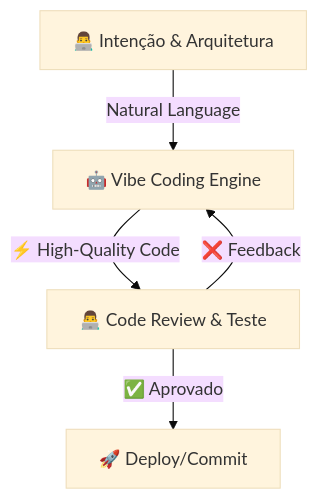
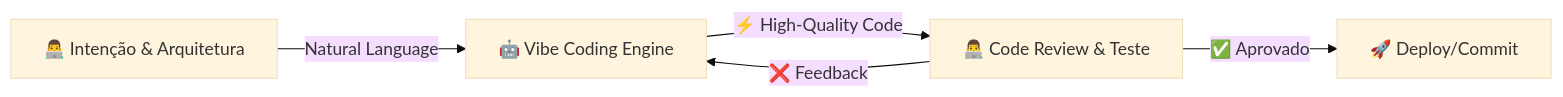
One commit to AugustoCamilo/UFG_NLP_rag_chatbot changed the third of 3 diagrams in rag_chatbot/README.md. Above: the diagram before and after it, drawn with Mermaid (base theme). The commit also changed 7 other files, not shown here.

````diff
--- a/rag_chatbot/README.md
+++ b/rag_chatbot/README.md
@@ -317,7 +317,7 @@
 ```mermaid
-graph TD
+graph LR
     A[👨‍💻 Intenção & Arquitetura] -->|Natural Language| B[🤖 Vibe Coding Engine]
     B -->|⚡ High-Quality Code| C[👨‍💻 Code Review & Teste]
     C -->|❌ Feedback| B
     C -->|✅ Aprovado| D[🚀 Deploy/Commit]
 ```
````
